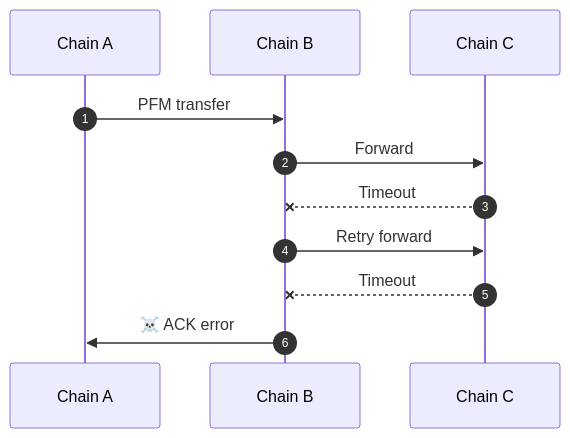
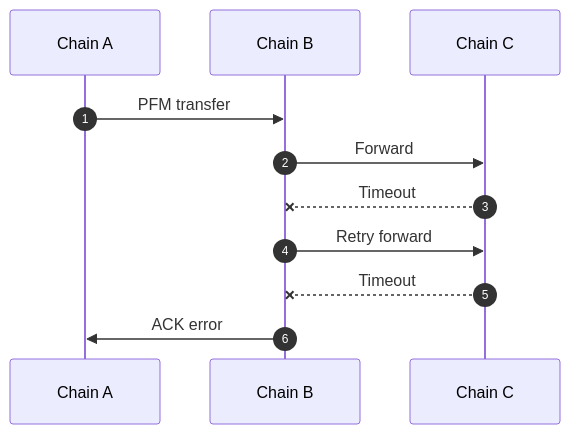
The third of 3 diagrams in docs/ibc/next/middleware/packet-forward-middleware/example-usage.mdx (cosmos/docs), drawn with Mermaid before and after one commit. The commit also changed other lines of this file and 116 other files, not shown here.

````diff
--- a/docs/ibc/next/middleware/packet-forward-middleware/example-usage.mdx
+++ b/docs/ibc/next/middleware/packet-forward-middleware/example-usage.mdx
@@ -53,10 +53,10 @@
 ```mermaid
 sequenceDiagram
     autonumber
     Chain A ->> Chain B: PFM transfer
     Chain B ->> Chain C: Forward
     Chain C --x Chain B: Timeout
     Chain B ->> Chain C: Retry forward
     Chain C --x Chain B: Timeout
-    Chain B ->> Chain A: ☠️ ACK error
+    Chain B ->> Chain A:  ACK error
 ```
````
